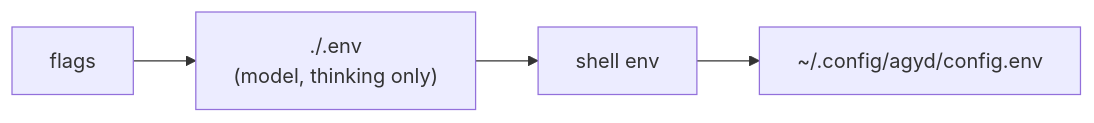
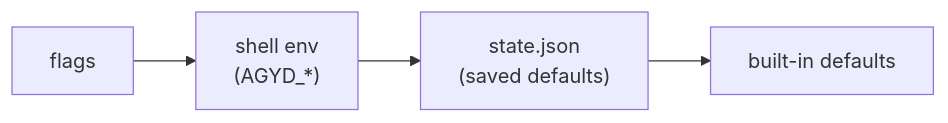
Before and after one commit to kesokaj/agyd: the second of 2 diagrams in README.md, drawn with Mermaid. The commit also changed other lines of this file and 45 other files, not shown here.

Commit message:
Phase 1: flags+env config, flat state.json, SIGTERM restart, TTY fix

````diff
--- a/README.md
+++ b/README.md
@@ -178,4 +178,4 @@
 ```mermaid
 flowchart LR
-  F["flags"] --> D["./.env<br/>(model, thinking only)"] --> E["shell env"] --> C["~/.config/agyd/config.env"]
+  F["flags"] --> E["shell env<br/>(AGYD_*)"] --> S["state.json<br/>(saved defaults)"] --> D["built-in defaults"]
 ```
````
